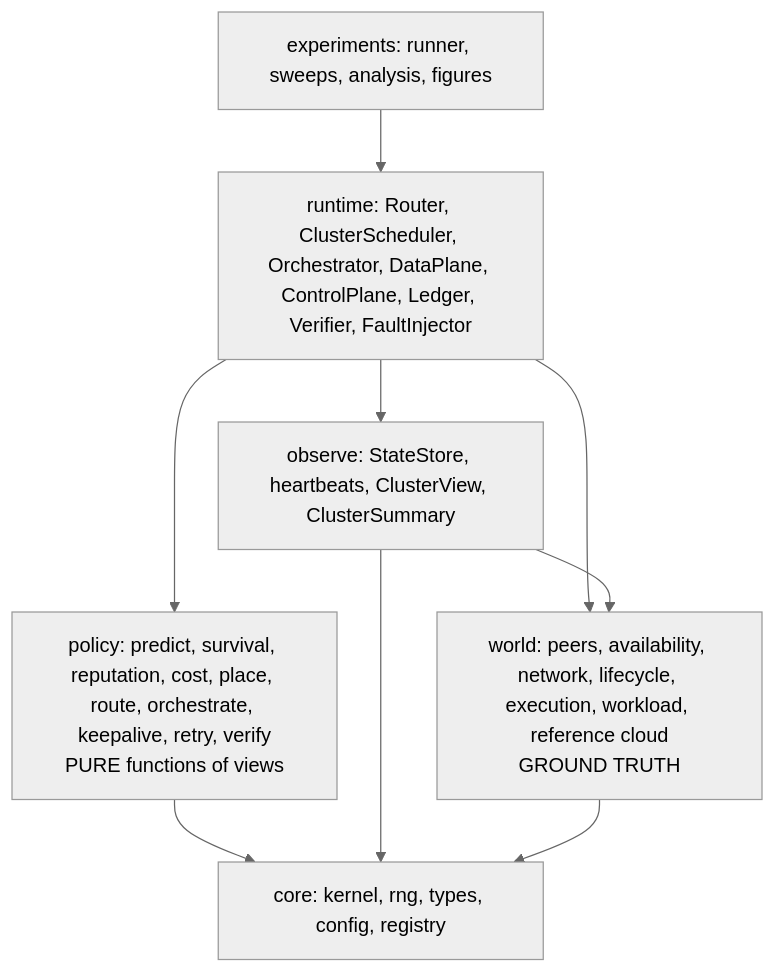
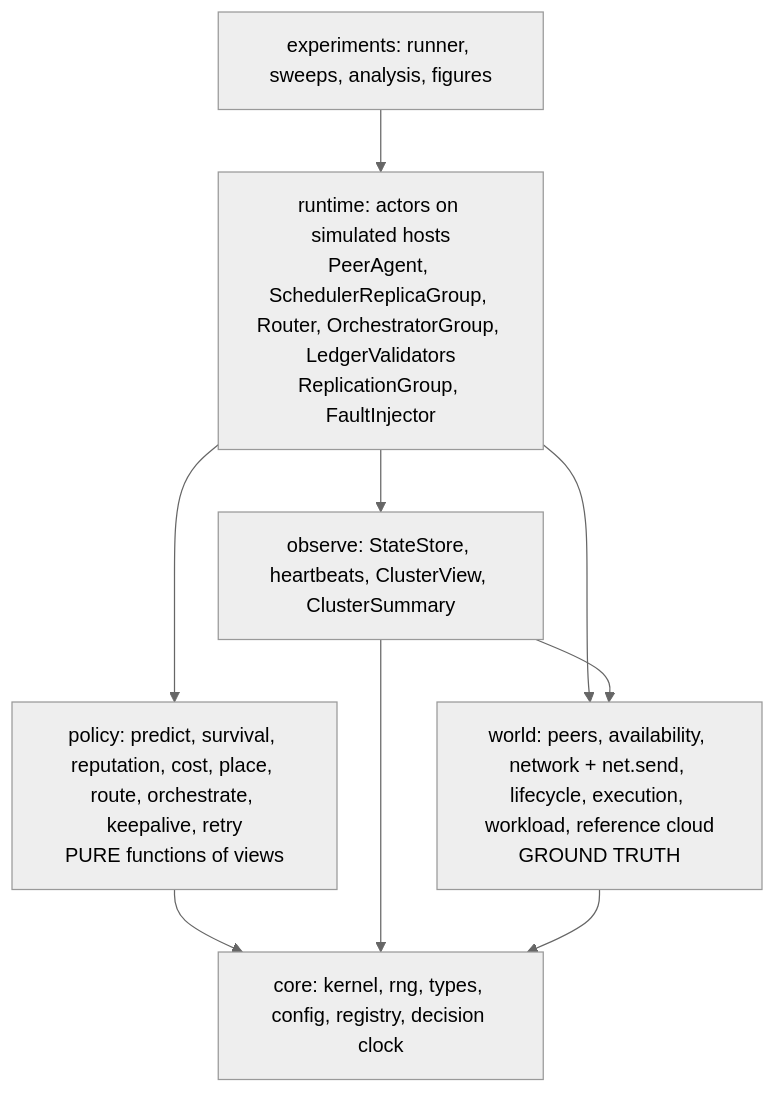
One commit to aalhadsawane/VOSS changed the first of 2 diagrams in docs/architecture/00-overview.md. Above: the diagram before and after it, drawn with Mermaid (neutral theme). The commit also changed other lines of this file and 13 other files, not shown here.

````diff
--- a/docs/architecture/00-overview.md
+++ b/docs/architecture/00-overview.md
@@ -29,12 +42,12 @@
 ```mermaid
 flowchart TD
     E[experiments: runner, sweeps, analysis, figures] --> RT
-    RT[runtime: Router, ClusterScheduler, Orchestrator, DataPlane, ControlPlane, Ledger, Verifier, FaultInjector]
-    RT --> POL[policy: predict, survival, reputation, cost, place, route, orchestrate, keepalive, retry, verify<br/>PURE functions of views]
+    RT[runtime: actors on simulated hosts<br/>PeerAgent, SchedulerReplicaGroup, Router, OrchestratorGroup, LedgerValidators<br/>ReplicationGroup, FaultInjector]
+    RT --> POL[policy: predict, survival, reputation, cost, place, route, orchestrate, keepalive, retry<br/>PURE functions of views]
     RT --> OBS[observe: StateStore, heartbeats, ClusterView, ClusterSummary]
-    RT --> W[world: peers, availability, network, lifecycle, execution, workload, reference cloud<br/>GROUND TRUTH]
+    RT --> W[world: peers, availability, network + net.send, lifecycle, execution, workload, reference cloud<br/>GROUND TRUTH]
     OBS --> W
     POL --> CORE
     OBS --> CORE
-    W --> CORE[core: kernel, rng, types, config, registry]
+    W --> CORE[core: kernel, rng, types, config, registry, decision clock]
 ```
````
